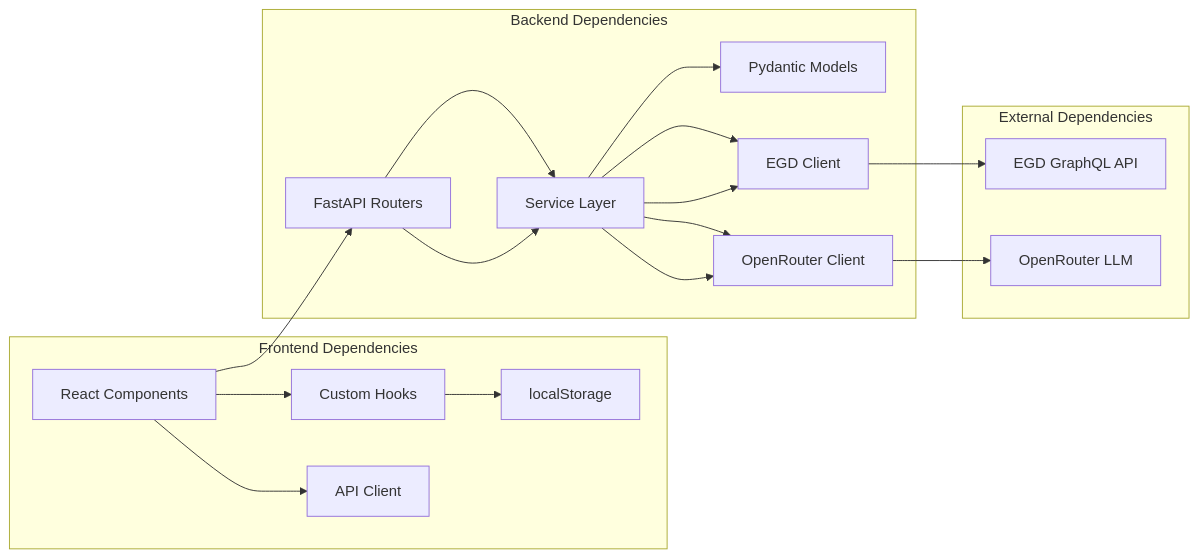
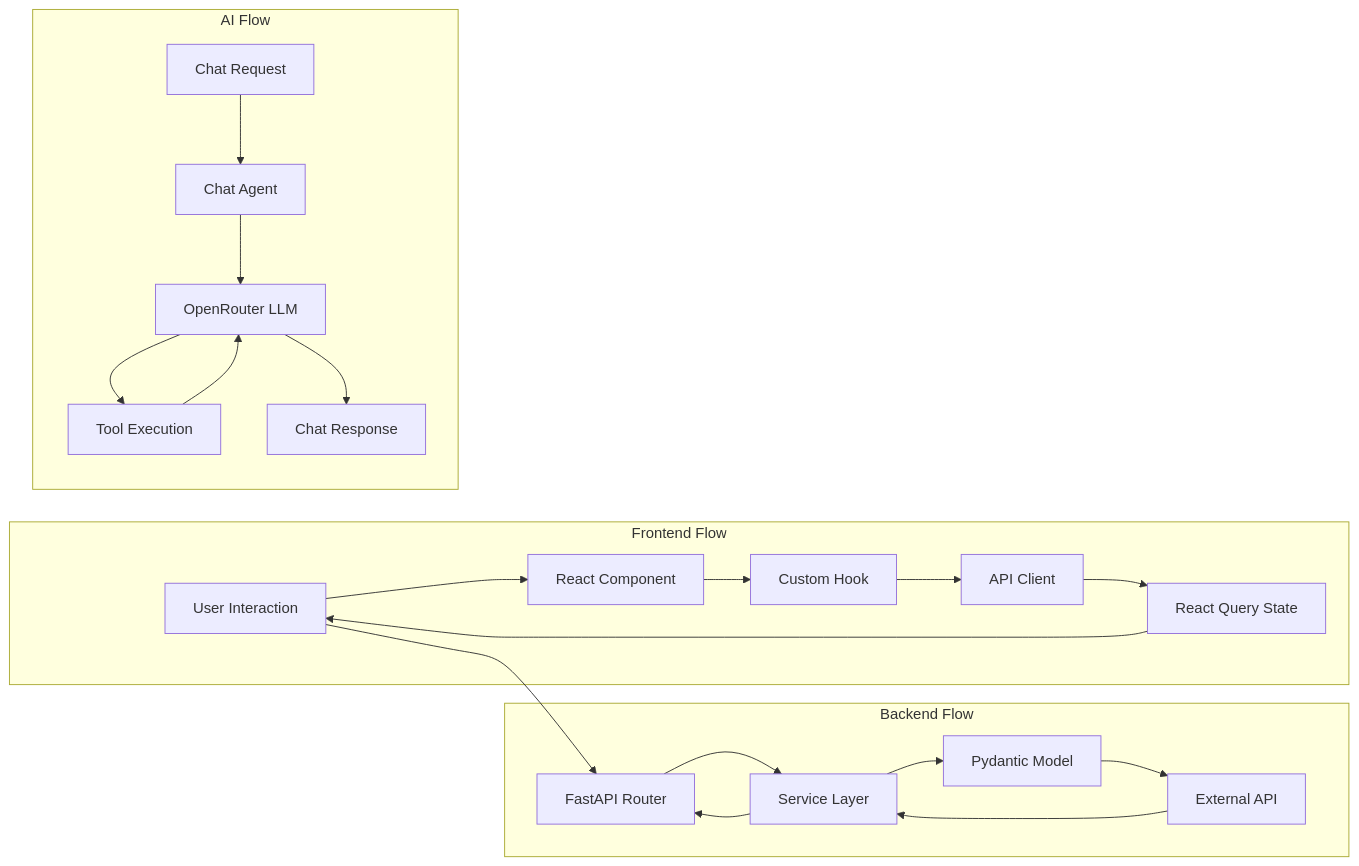
Before and after one commit to Ragnar1999/GoNow: the seventh of 7 diagrams in .qoder/repowiki/en/content/Architecture Guide/Architecture Guide.md, drawn with Mermaid. The commit also changed other lines of this file and 10 other files, not shown here.

First line of the commit message:
docs: update all documentation with agentic chat, Makefile, and agent design research

````diff
--- a/.qoder/repowiki/en/content/Architecture Guide/Architecture Guide.md
+++ b/.qoder/repowiki/en/content/Architecture Guide/Architecture Guide.md
@@ -363,22 +339,25 @@
 ```mermaid
-graph LR
-subgraph "Frontend Dependencies"
-React["React Components"] --> Hooks["Custom Hooks"]
-React --> APIClient["API Client"]
-Hooks --> LocalStorage["localStorage"]
+flowchart LR
+subgraph "Frontend Flow"
+UI["User Interaction"] --> Component["React Component"]
+Component --> Hook["Custom Hook"]
+Hook --> API["API Client"]
+API --> State["React Query State"]
+State --> UI
 end
-subgraph "Backend Dependencies"
-Routers["FastAPI Routers"] --> Services["Service Layer"]
-Services --> Models["Pydantic Models"]
-Services --> EGD["EGD Client"]
-Services --> AI["OpenRouter Client"]
+subgraph "Backend Flow"
+Router["FastAPI Router"] --> Service["Service Layer"]
+Service --> Model["Pydantic Model"]
+Model --> External["External API"]
+External --> Service
+Service --> Router
 end
-subgraph "External Dependencies"
-EGD --> GraphQL["EGD GraphQL API"]
-AI --> LLM["OpenRouter LLM"]
+subgraph "AI Flow"
+ChatRequest["Chat Request"] --> Agent["Chat Agent"]
+Agent --> LLM["OpenRouter LLM"]
+LLM --> Tools["Tool Execution"]
+Tools --> LLM
+LLM --> ChatResponse["Chat Response"]
 end
-React --> Routers
-Routers --> Services
-Services --> EGD
-Services --> AI
+UI --> Router
 ```
````
